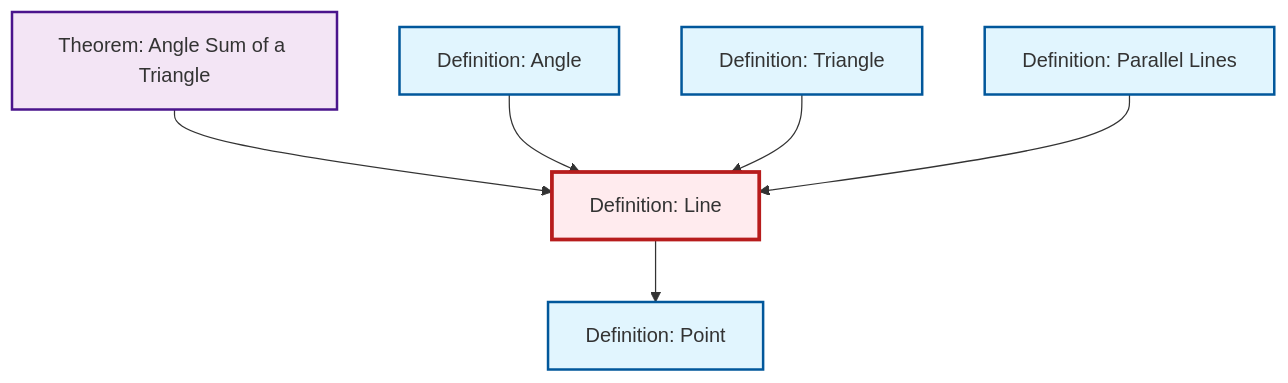
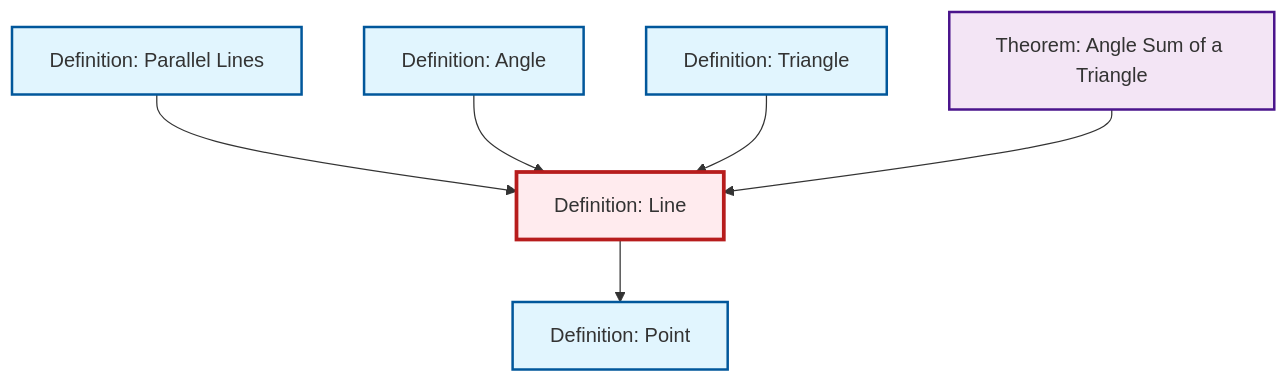
Before and after one commit to RK0429/ModernMath: the diagram in content/ja/geometry/def-line.qmd, drawn with Mermaid. The commit also changed other lines of this file and 360 other files, not shown here.

````diff
--- a/content/ja/geometry/def-line.qmd
+++ b/content/ja/geometry/def-line.qmd
@@ -46,26 +46,26 @@
 ```{mermaid}
 %%| fig-cap: "Local dependency graph"
 graph TD
     classDef definition fill:#e1f5fe,stroke:#01579b,stroke-width:2px
     classDef theorem fill:#f3e5f5,stroke:#4a148c,stroke-width:2px
     classDef axiom fill:#fff3e0,stroke:#e65100,stroke-width:2px
     classDef example fill:#e8f5e9,stroke:#1b5e20,stroke-width:2px
     classDef current fill:#ffebee,stroke:#b71c1c,stroke-width:3px
+    thm-angle-sum-triangle["Theorem: Angle Sum of a Triangle"]:::theorem
+    def-triangle["Definition: Triangle"]:::definition
+    def-angle["Definition: Angle"]:::definition
     def-parallel["Definition: Parallel Lines"]:::definition
     def-point["Definition: Point"]:::definition
     def-line["Definition: Line"]:::definition
-    thm-angle-sum-triangle["Theorem: Angle Sum of a Triangle"]:::theorem
-    def-angle["Definition: Angle"]:::definition
-    def-triangle["Definition: Triangle"]:::definition
+    def-parallel --> def-line
+    def-angle --> def-line
+    def-triangle --> def-line
     thm-angle-sum-triangle --> def-line
     def-line --> def-point
-    def-angle --> def-line
-    def-triangle --> def-line
-    def-parallel --> def-line
     class def-line current
+    click thm-angle-sum-triangle "thm-angle-sum-triangle.html" "Theorem: Angle Sum of a Triangleへ"
+    click def-triangle "def-triangle.html" "Definition: Triangleへ"
+    click def-angle "def-angle.html" "Definition: Angleへ"
     click def-parallel "def-parallel.html" "Definition: Parallel Linesへ"
     click def-point "def-point.html" "Definition: Pointへ"
-    click thm-angle-sum-triangle "thm-angle-sum-triangle.html" "Theorem: Angle Sum of a Triangleへ"
-    click def-angle "def-angle.html" "Definition: Angleへ"
-    click def-triangle "def-triangle.html" "Definition: Triangleへ"
 ```
````
